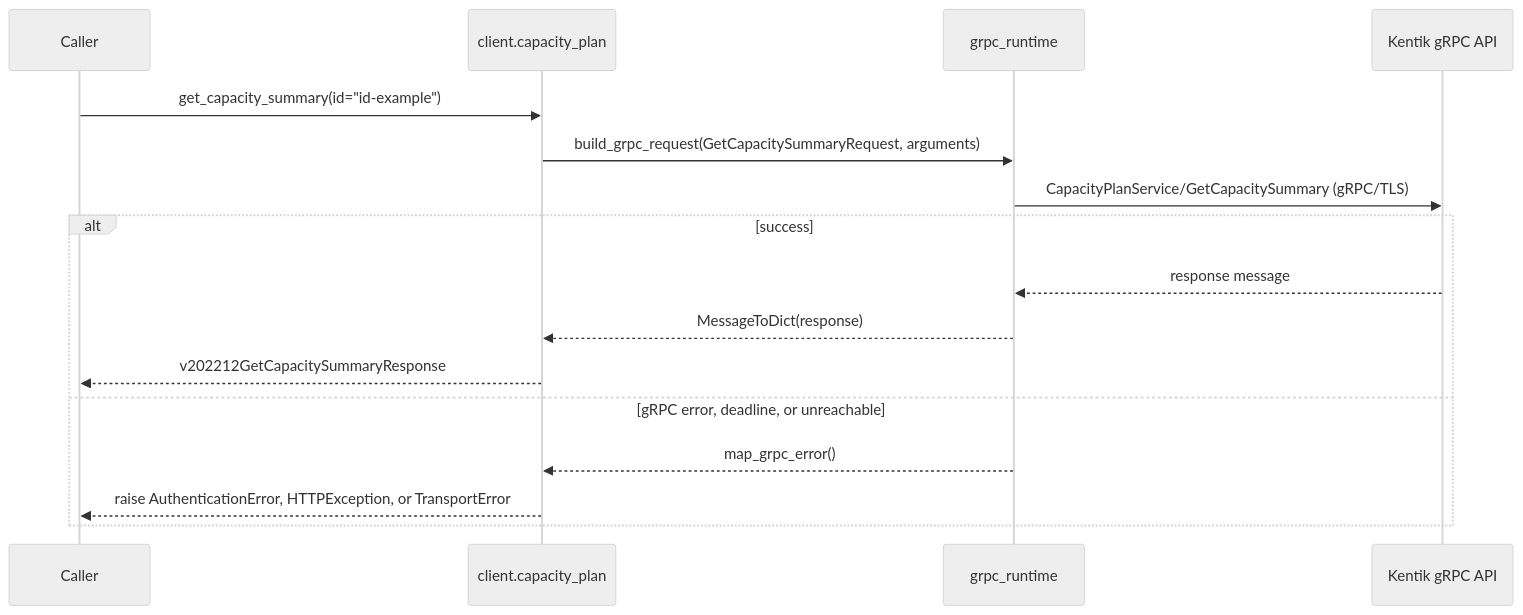
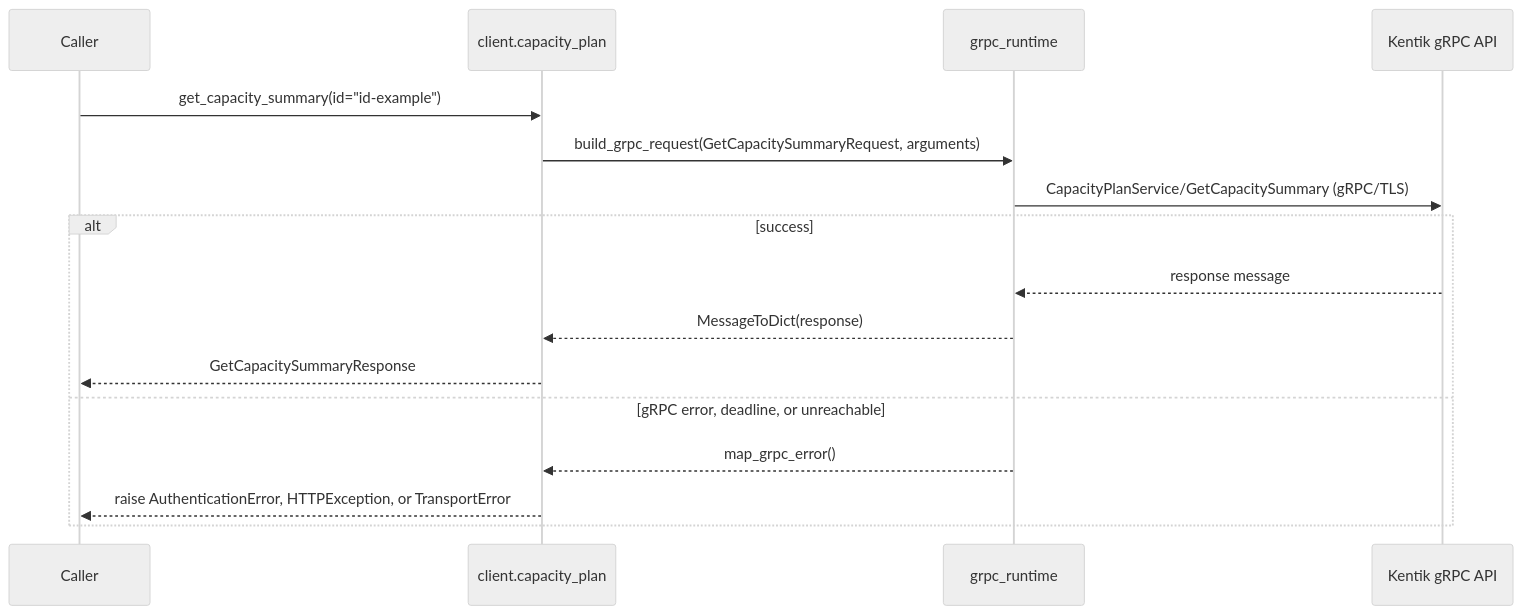
Before and after one commit to alexdearaujo/community_sdk_python: the ninth of 10 diagrams in docs/sphinx/services/capacity_plan.md, drawn with Mermaid (neutral theme). The commit also changed other lines of this file and 38 other files, not shown here.

````diff
--- a/docs/sphinx/services/capacity_plan.md
+++ b/docs/sphinx/services/capacity_plan.md
@@ -271,19 +271,19 @@
 ```mermaid
 sequenceDiagram
     participant C as Caller
     participant W as client.capacity_plan
     participant R as grpc_runtime
     participant API as Kentik gRPC API
 
     C->>W: get_capacity_summary(id="id-example")
     W->>R: build_grpc_request(GetCapacitySummaryRequest, arguments)
     R->>API: CapacityPlanService/GetCapacitySummary (gRPC/TLS)
     alt success
         API-->>R: response message
         R-->>W: MessageToDict(response)
-        W-->>C: v202212GetCapacitySummaryResponse
+        W-->>C: GetCapacitySummaryResponse
     else gRPC error, deadline, or unreachable
         R-->>W: map_grpc_error()
         W-->>C: raise AuthenticationError, HTTPException, or TransportError
     end
 ```
````
